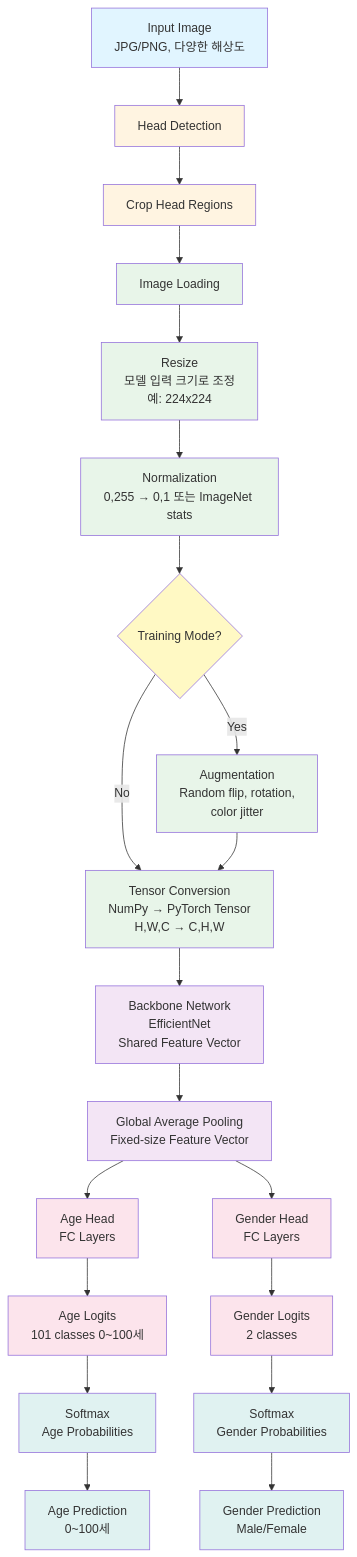
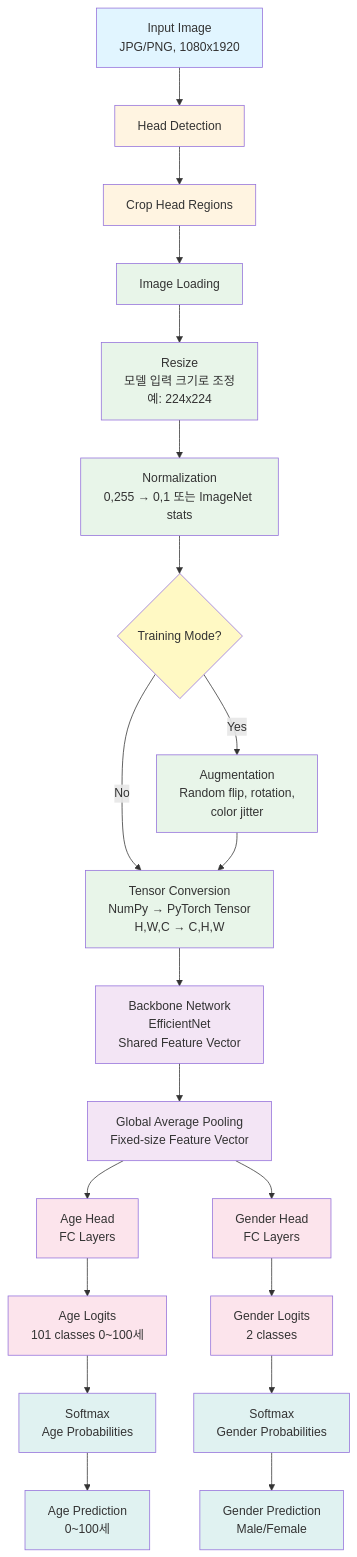
Before and after one commit to yong-again/portfolio: the first of 3 diagrams in age_gender_estimation/docs/pipeline_diagram.md, drawn with Mermaid. The commit also changed other lines of this file and 2 other files, not shown here.

````diff
--- a/age_gender_estimation/docs/pipeline_diagram.md
+++ b/age_gender_estimation/docs/pipeline_diagram.md
@@ -5,42 +5,42 @@
 ```mermaid
 graph TD
-    A[Input Image<br/>JPG/PNG, 다양한 해상도] --> B[Head Detection]
+    A[Input Image<br/>JPG/PNG, 1080x1920] --> B[Head Detection]
     B --> C[Crop Head Regions]
     C --> D[Image Loading]
     D --> E[Resize<br/>모델 입력 크기로 조정<br/>예: 224x224]
     E --> F[Normalization<br/>0,255 → 0,1 또는 ImageNet stats]
     F --> G{Training Mode?}
     G -->|Yes| H[Augmentation<br/>Random flip, rotation,<br/>color jitter]
     G -->|No| I[Tensor Conversion<br/>NumPy → PyTorch Tensor<br/>H,W,C → C,H,W]
     H --> I
     I --> J[Backbone Network<br/>EfficientNet<br/>Shared Feature Vector]
     J --> K[Global Average Pooling<br/>Fixed-size Feature Vector]
     K --> L[Age Head<br/>FC Layers]
     K --> M[Gender Head<br/>FC Layers]
     L --> N[Age Logits<br/>101 classes 0~100세]
     M --> O[Gender Logits<br/>2 classes]
     N --> P[Softmax<br/>Age Probabilities]
     O --> Q[Softmax<br/>Gender Probabilities]
     P --> R[Age Prediction<br/>0~100세]
     Q --> S[Gender Prediction<br/>Male/Female]
     
     style A fill:#e1f5ff
     style B fill:#fff4e1
     style C fill:#fff4e1
     style D fill:#e8f5e9
     style E fill:#e8f5e9
     style F fill:#e8f5e9
     style G fill:#fff9c4
     style H fill:#e8f5e9
     style I fill:#e8f5e9
     style J fill:#f3e5f5
     style K fill:#f3e5f5
     style L fill:#fce4ec
     style M fill:#fce4ec
     style N fill:#fce4ec
     style O fill:#fce4ec
     style P fill:#e0f2f1
     style Q fill:#e0f2f1
     style R fill:#e0f2f1
     style S fill:#e0f2f1
 ```
````
